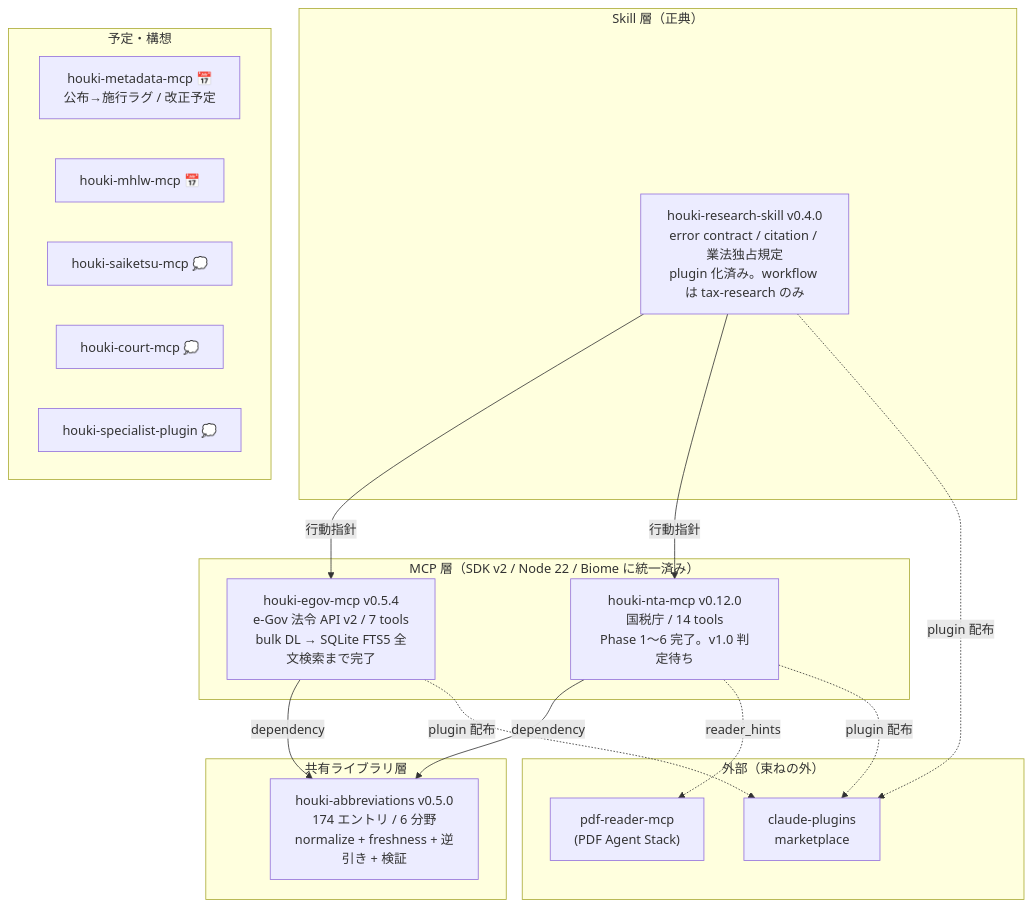
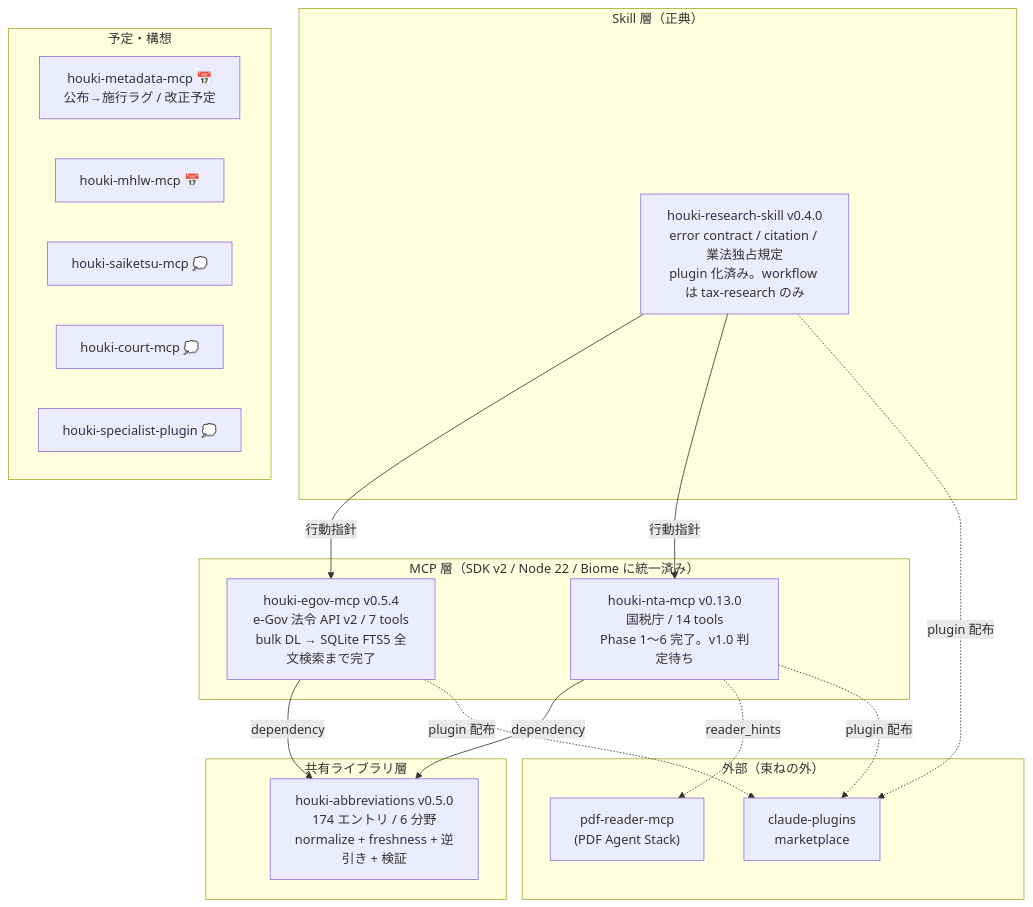
Before and after one commit to shuji-bonji/houki-hub: the diagram in docs/ROADMAP.md, drawn with Mermaid. The commit also changed other lines of this file and 11 other files, not shown here.

First line of the commit message:
docs: houki-nta-mcp v0.13.0 に追随（0 件の扱い・topic・版表記）

````diff
--- a/docs/ROADMAP.md
+++ b/docs/ROADMAP.md
@@ -8,28 +8,28 @@
 ```mermaid
 graph TB
     subgraph Skill層["Skill 層（正典）"]
         SKILL["houki-research-skill v0.4.0<br/>error contract / citation / 業法独占規定<br/>plugin 化済み。workflow は tax-research のみ"]
     end
     subgraph MCP層["MCP 層（SDK v2 / Node 22 / Biome に統一済み）"]
         EGOV["houki-egov-mcp v0.5.4<br/>e-Gov 法令 API v2 / 7 tools<br/>bulk DL → SQLite FTS5 全文検索まで完了"]
-        NTA["houki-nta-mcp v0.12.0<br/>国税庁 / 14 tools<br/>Phase 1〜6 完了。v1.0 判定待ち"]
+        NTA["houki-nta-mcp v0.13.0<br/>国税庁 / 14 tools<br/>Phase 1〜6 完了。v1.0 判定待ち"]
     end
     subgraph 共有層["共有ライブラリ層"]
         ABBR["houki-abbreviations v0.5.0<br/>174 エントリ / 6 分野<br/>normalize + freshness + 逆引き + 検証"]
     end
     subgraph 外部["外部（束ねの外）"]
         PDF["pdf-reader-mcp<br/>(PDF Agent Stack)"]
         PLUGINS["claude-plugins<br/>marketplace"]
     end
     SKILL -->|行動指針| EGOV & NTA
     EGOV & NTA -->|dependency| ABBR
     NTA -.->|reader_hints| PDF
     EGOV & NTA & SKILL -.->|plugin 配布| PLUGINS
     subgraph 将来["予定・構想"]
         META["houki-metadata-mcp 📅<br/>公布→施行ラグ / 改正予定"]
         MHLW["houki-mhlw-mcp 📅"]
         SAIKETSU["houki-saiketsu-mcp 💭"]
         COURT["houki-court-mcp 💭"]
         AGENT["houki-specialist-plugin 💭"]
     end
 ```
````
